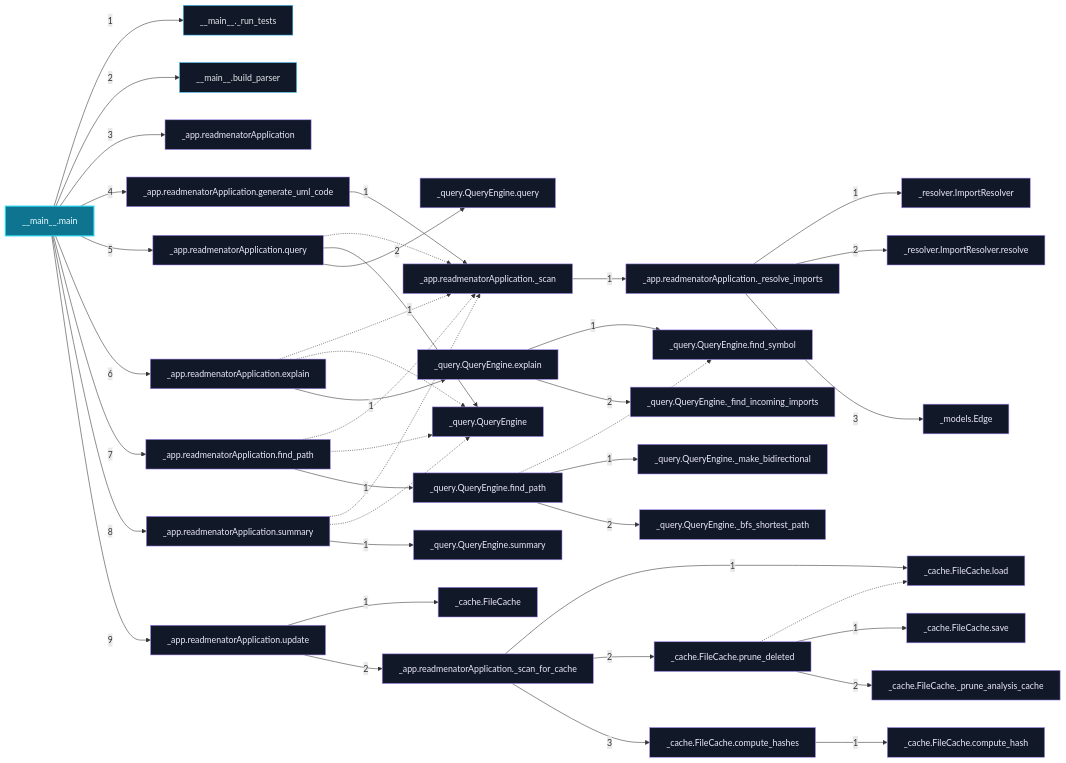
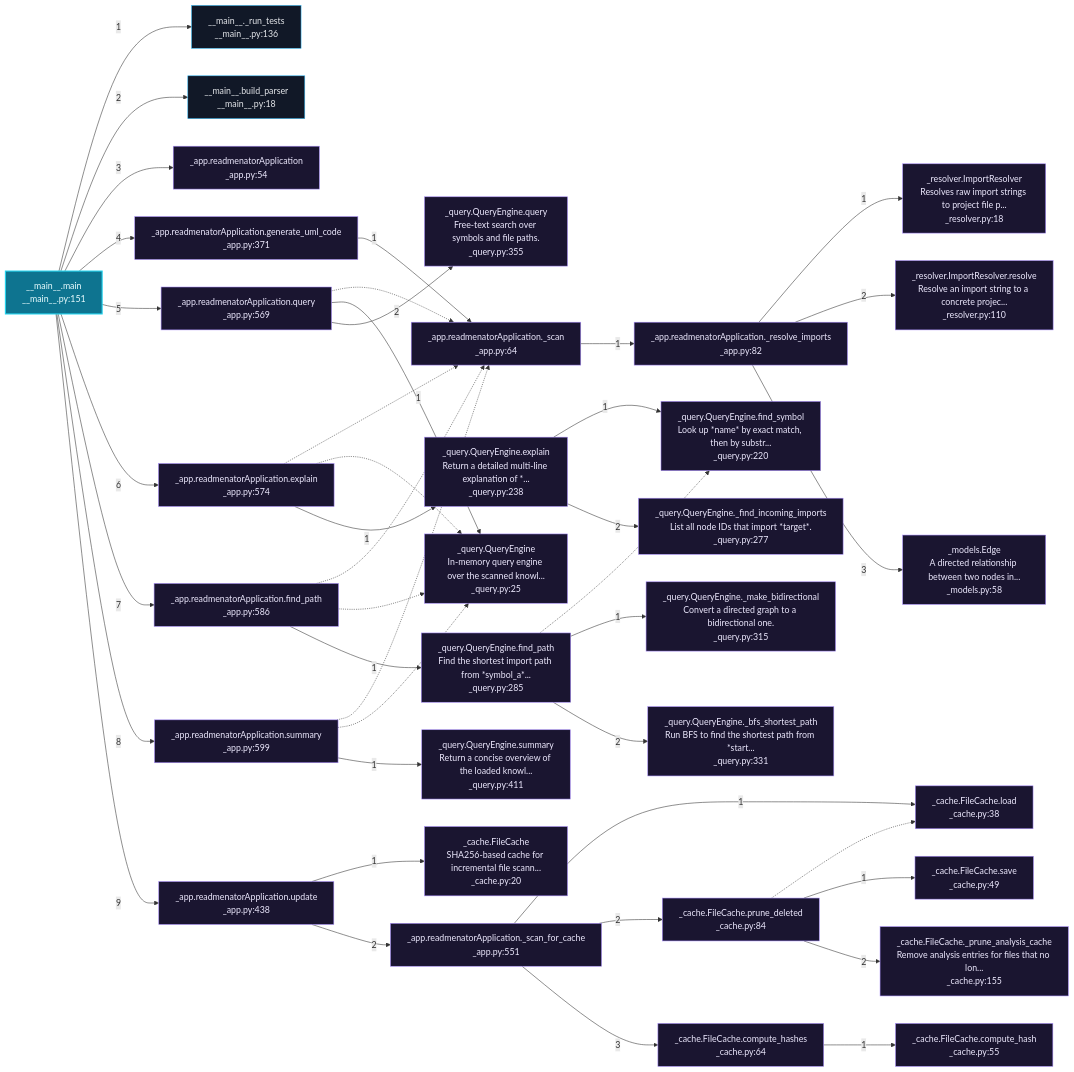
The third of 7 diagrams in readmenator-apidocs/architecture.md (grisuno/ReadMenator), drawn with Mermaid before and after one commit. The commit also changed other lines of this file and 224 other files, not shown here.

Commit message:
new diagrams :D

````diff
--- a/readmenator-apidocs/architecture.md
+++ b/readmenator-apidocs/architecture.md
@@ -207,78 +437,78 @@
 ```mermaid
 flowchart LR
+    classDef default fill:#111827,stroke:#38bdf8,color:#e5e7eb;
     classDef entry fill:#0e7490,stroke:#22d3ee,color:#ecfeff,stroke-width:2px;
-    classDef ext fill:#111827,stroke:#a78bfa,color:#ede9fe;
-    classDef fn fill:#111827,stroke:#38bdf8,color:#e5e7eb;
-    f_readmenator___main___py__main["__main__.main"]:::entry
-    f_readmenator___main___py___run_tests["__main__._run_tests"]:::fn
-    f_readmenator___main___py__build_parser["__main__.build_parser"]:::fn
-    f_readmenator__app_py__readmenatorApplication["_app.readmenatorApplication"]:::ext
-    f_readmenator__app_py__generate_uml_code["_app.readmenatorApplication.generate_uml_code"]:::ext
-    f_readmenator__app_py___scan["_app.readmenatorApplication._scan"]:::ext
-    f_readmenator__app_py___resolve_imports["_app.readmenatorApplication._resolve_imports"]:::ext
-    f_readmenator__resolver_py__ImportResolver["_resolver.ImportResolver"]:::ext
-    f_readmenator__resolver_py__resolve["_resolver.ImportResolver.resolve"]:::ext
-    f_readmenator__models_py__Edge["_models.Edge"]:::ext
-    f_readmenator__app_py__query["_app.readmenatorApplication.query"]:::ext
-    f_readmenator__query_py__QueryEngine["_query.QueryEngine"]:::ext
-    f_readmenator__query_py__query["_query.QueryEngine.query"]:::ext
-    f_readmenator__app_py__explain["_app.readmenatorApplication.explain"]:::ext
-    f_readmenator__query_py__explain["_query.QueryEngine.explain"]:::ext
-    f_readmenator__query_py__find_symbol["_query.QueryEngine.find_symbol"]:::ext
-    f_readmenator__query_py___find_incoming_imports["_query.QueryEngine._find_incoming_imports"]:::ext
-    f_readmenator__app_py__find_path["_app.readmenatorApplication.find_path"]:::ext
-    f_readmenator__query_py__find_path["_query.QueryEngine.find_path"]:::ext
-    f_readmenator__query_py___make_bidirectional["_query.QueryEngine._make_bidirectional"]:::ext
-    f_readmenator__query_py___bfs_shortest_path["_query.QueryEngine._bfs_shortest_path"]:::ext
-    f_readmenator__app_py__summary["_app.readmenatorApplication.summary"]:::ext
-    f_readmenator__query_py__summary["_query.QueryEngine.summary"]:::ext
-    f_readmenator__app_py__update["_app.readmenatorApplication.update"]:::ext
-    f_readmenator__cache_py__FileCache["_cache.FileCache"]:::ext
-    f_readmenator__app_py___scan_for_cache["_app.readmenatorApplication._scan_for_cache"]:::ext
-    f_readmenator__cache_py__load["_cache.FileCache.load"]:::ext
-    f_readmenator__cache_py__prune_deleted["_cache.FileCache.prune_deleted"]:::ext
-    f_readmenator__cache_py__save["_cache.FileCache.save"]:::ext
-    f_readmenator__cache_py___prune_analysis_cache["_cache.FileCache._prune_analysis_cache"]:::ext
-    f_readmenator__cache_py__compute_hashes["_cache.FileCache.compute_hashes"]:::ext
-    f_readmenator__cache_py__compute_hash["_cache.FileCache.compute_hash"]:::ext
-    f_readmenator___main___py__main -->|"1"| f_readmenator___main___py___run_tests
-    f_readmenator___main___py__main -->|"2"| f_readmenator___main___py__build_parser
-    f_readmenator___main___py__main -->|"3"| f_readmenator__app_py__readmenatorApplication
-    f_readmenator___main___py__main -->|"4"| f_readmenator__app_py__generate_uml_code
-    f_readmenator__app_py__generate_uml_code -->|"1"| f_readmenator__app_py___scan
-    f_readmenator__app_py___scan -->|"1"| f_readmenator__app_py___resolve_imports
-    f_readmenator__app_py___resolve_imports -->|"1"| f_readmenator__resolver_py__ImportResolver
-    f_readmenator__app_py___resolve_imports -->|"2"| f_readmenator__resolver_py__resolve
-    f_readmenator__app_py___resolve_imports -->|"3"| f_readmenator__models_py__Edge
-    f_readmenator___main___py__main -->|"5"| f_readmenator__app_py__query
-    f_readmenator__app_py__query -.-> f_readmenator__app_py___scan
-    f_readmenator__app_py__query -->|"1"| f_readmenator__query_py__QueryEngine
-    f_readmenator__app_py__query -->|"2"| f_readmenator__query_py__query
-    f_readmenator___main___py__main -->|"6"| f_readmenator__app_py__explain
-    f_readmenator__app_py__explain -.-> f_readmenator__app_py___scan
-    f_readmenator__app_py__explain -.-> f_readmenator__query_py__QueryEngine
-    f_readmenator__app_py__explain -->|"1"| f_readmenator__query_py__explain
-    f_readmenator__query_py__explain -->|"1"| f_readmenator__query_py__find_symbol
-    f_readmenator__query_py__explain -->|"2"| f_readmenator__query_py___find_incoming_imports
-    f_readmenator___main___py__main -->|"7"| f_readmenator__app_py__find_path
-    f_readmenator__app_py__find_path -.-> f_readmenator__app_py___scan
-    f_readmenator__app_py__find_path -.-> f_readmenator__query_py__QueryEngine
-    f_readmenator__app_py__find_path -->|"1"| f_readmenator__query_py__find_path
-    f_readmenator__query_py__find_path -.-> f_readmenator__query_py__find_symbol
-    f_readmenator__query_py__find_path -->|"1"| f_readmenator__query_py___make_bidirectional
-    f_readmenator__query_py__find_path -->|"2"| f_readmenator__query_py___bfs_shortest_path
-    f_readmenator___main___py__main -->|"8"| f_readmenator__app_py__summary
-    f_readmenator__app_py__summary -.-> f_readmenator__app_py___scan
-    f_readmenator__app_py__summary -.-> f_readmenator__query_py__QueryEngine
-    f_readmenator__app_py__summary -->|"1"| f_readmenator__query_py__summary
-    f_readmenator___main___py__main -->|"9"| f_readmenator__app_py__update
-    f_readmenator__app_py__update -->|"1"| f_readmenator__cache_py__FileCache
-    f_readmenator__app_py__update -->|"2"| f_readmenator__app_py___scan_for_cache
-    f_readmenator__app_py___scan_for_cache -->|"1"| f_readmenator__cache_py__load
-    f_readmenator__app_py___scan_for_cache -->|"2"| f_readmenator__cache_py__prune_deleted
-    f_readmenator__cache_py__prune_deleted -.-> f_readmenator__cache_py__load
-    f_readmenator__cache_py__prune_deleted -->|"1"| f_readmenator__cache_py__save
-    f_readmenator__cache_py__prune_deleted -->|"2"| f_readmenator__cache_py___prune_analysis_cache
-    f_readmenator__app_py___scan_for_cache -->|"3"| f_readmenator__cache_py__compute_hashes
-    f_readmenator__cache_py__compute_hashes -->|"1"| f_readmenator__cache_py__compute_hash
+    classDef external fill:#1a1530,stroke:#a78bfa,color:#ede9fe;
+    n_readmenator___main___py__main["__main__.main<br/>__main__.py:151"]:::entry
+    n_readmenator___main___py___run_tests["__main__._run_tests<br/>__main__.py:136"]:::default
+    n_readmenator___main___py__build_parser["__main__.build_parser<br/>__main__.py:18"]:::default
+    n_readmenator__app_py__readmenatorApplication["_app.readmenatorApplication<br/>_app.py:54"]:::external
+    n_readmenator__app_py__generate_uml_code["_app.readmenatorApplication.generate_uml_code<br/>_app.py:371"]:::external
+    n_readmenator__app_py___scan["_app.readmenatorApplication._scan<br/>_app.py:64"]:::external
+    n_readmenator__app_py___resolve_imports["_app.readmenatorApplication._resolve_imports<br/>_app.py:82"]:::external
+    n_readmenator__resolver_py__ImportResolver["_resolver.ImportResolver<br/>Resolves raw import strings to project file p...<br/>_resolver.py:18"]:::external
+    n_readmenator__resolver_py__resolve["_resolver.ImportResolver.resolve<br/>Resolve an import string to a concrete projec...<br/>_resolver.py:110"]:::external
+    n_readmenator__models_py__Edge["_models.Edge<br/>A directed relationship between two nodes in...<br/>_models.py:58"]:::external
+    n_readmenator__app_py__query["_app.readmenatorApplication.query<br/>_app.py:569"]:::external
+    n_readmenator__query_py__QueryEngine["_query.QueryEngine<br/>In-memory query engine over the scanned knowl...<br/>_query.py:25"]:::external
+    n_readmenator__query_py__query["_query.QueryEngine.query<br/>Free-text search over symbols and file paths.<br/>_query.py:355"]:::external
+    n_readmenator__app_py__explain["_app.readmenatorApplication.explain<br/>_app.py:574"]:::external
+    n_readmenator__query_py__explain["_query.QueryEngine.explain<br/>Return a detailed multi-line explanation of *...<br/>_query.py:238"]:::external
+    n_readmenator__query_py__find_symbol["_query.QueryEngine.find_symbol<br/>Look up *name* by exact match, then by substr...<br/>_query.py:220"]:::external
+    n_readmenator__query_py___find_incoming_imports["_query.QueryEngine._find_incoming_imports<br/>List all node IDs that import *target*.<br/>_query.py:277"]:::external
+    n_readmenator__app_py__find_path["_app.readmenatorApplication.find_path<br/>_app.py:586"]:::external
+    n_readmenator__query_py__find_path["_query.QueryEngine.find_path<br/>Find the shortest import path from *symbol_a*...<br/>_query.py:285"]:::external
+    n_readmenator__query_py___make_bidirectional["_query.QueryEngine._make_bidirectional<br/>Convert a directed graph to a bidirectional one.<br/>_query.py:315"]:::external
+    n_readmenator__query_py___bfs_shortest_path["_query.QueryEngine._bfs_shortest_path<br/>Run BFS to find the shortest path from *start...<br/>_query.py:331"]:::external
+    n_readmenator__app_py__summary["_app.readmenatorApplication.summary<br/>_app.py:599"]:::external
+    n_readmenator__query_py__summary["_query.QueryEngine.summary<br/>Return a concise overview of the loaded knowl...<br/>_query.py:411"]:::external
+    n_readmenator__app_py__update["_app.readmenatorApplication.update<br/>_app.py:438"]:::external
+    n_readmenator__cache_py__FileCache["_cache.FileCache<br/>SHA256-based cache for incremental file scann...<br/>_cache.py:20"]:::external
+    n_readmenator__app_py___scan_for_cache["_app.readmenatorApplication._scan_for_cache<br/>_app.py:551"]:::external
+    n_readmenator__cache_py__load["_cache.FileCache.load<br/>_cache.py:38"]:::external
+    n_readmenator__cache_py__prune_deleted["_cache.FileCache.prune_deleted<br/>_cache.py:84"]:::external
+    n_readmenator__cache_py__save["_cache.FileCache.save<br/>_cache.py:49"]:::external
+    n_readmenator__cache_py___prune_analysis_cache["_cache.FileCache._prune_analysis_cache<br/>Remove analysis entries for files that no lon...<br/>_cache.py:155"]:::external
+    n_readmenator__cache_py__compute_hashes["_cache.FileCache.compute_hashes<br/>_cache.py:64"]:::external
+    n_readmenator__cache_py__compute_hash["_cache.FileCache.compute_hash<br/>_cache.py:55"]:::external
+    n_readmenator___main___py__main -->|"1"| n_readmenator___main___py___run_tests
+    n_readmenator___main___py__main -->|"2"| n_readmenator___main___py__build_parser
+    n_readmenator___main___py__main -->|"3"| n_readmenator__app_py__readmenatorApplication
+    n_readmenator___main___py__main -->|"4"| n_readmenator__app_py__generate_uml_code
+    n_readmenator__app_py__generate_uml_code -->|"1"| n_readmenator__app_py___scan
+    n_readmenator__app_py___scan -->|"1"| n_readmenator__app_py___resolve_imports
+    n_readmenator__app_py___resolve_imports -->|"1"| n_readmenator__resolver_py__ImportResolver
+    n_readmenator__app_py___resolve_imports -->|"2"| n_readmenator__resolver_py__resolve
+    n_readmenator__app_py___resolve_imports -->|"3"| n_readmenator__models_py__Edge
+    n_readmenator___main___py__main -->|"5"| n_readmenator__app_py__query
+    n_readmenator__app_py__query -.-> n_readmenator__app_py___scan
+    n_readmenator__app_py__query -->|"1"| n_readmenator__query_py__QueryEngine
+    n_readmenator__app_py__query -->|"2"| n_readmenator__query_py__query
+    n_readmenator___main___py__main -->|"6"| n_readmenator__app_py__explain
+    n_readmenator__app_py__explain -.-> n_readmenator__app_py___scan
+    n_readmenator__app_py__explain -.-> n_readmenator__query_py__QueryEngine
+    n_readmenator__app_py__explain -->|"1"| n_readmenator__query_py__explain
+    n_readmenator__query_py__explain -->|"1"| n_readmenator__query_py__find_symbol
+    n_readmenator__query_py__explain -->|"2"| n_readmenator__query_py___find_incoming_imports
+    n_readmenator___main___py__main -->|"7"| n_readmenator__app_py__find_path
+    n_readmenator__app_py__find_path -.-> n_readmenator__app_py___scan
+    n_readmenator__app_py__find_path -.-> n_readmenator__query_py__QueryEngine
+    n_readmenator__app_py__find_path -->|"1"| n_readmenator__query_py__find_path
+    n_readmenator__query_py__find_path -.-> n_readmenator__query_py__find_symbol
+    n_readmenator__query_py__find_path -->|"1"| n_readmenator__query_py___make_bidirectional
+    n_readmenator__query_py__find_path -->|"2"| n_readmenator__query_py___bfs_shortest_path
+    n_readmenator___main___py__main -->|"8"| n_readmenator__app_py__summary
+    n_readmenator__app_py__summary -.-> n_readmenator__app_py___scan
+    n_readmenator__app_py__summary -.-> n_readmenator__query_py__QueryEngine
+    n_readmenator__app_py__summary -->|"1"| n_readmenator__query_py__summary
+    n_readmenator___main___py__main -->|"9"| n_readmenator__app_py__update
+    n_readmenator__app_py__update -->|"1"| n_readmenator__cache_py__FileCache
+    n_readmenator__app_py__update -->|"2"| n_readmenator__app_py___scan_for_cache
+    n_readmenator__app_py___scan_for_cache -->|"1"| n_readmenator__cache_py__load
+    n_readmenator__app_py___scan_for_cache -->|"2"| n_readmenator__cache_py__prune_deleted
+    n_readmenator__cache_py__prune_deleted -.-> n_readmenator__cache_py__load
+    n_readmenator__cache_py__prune_deleted -->|"1"| n_readmenator__cache_py__save
+    n_readmenator__cache_py__prune_deleted -->|"2"| n_readmenator__cache_py___prune_analysis_cache
+    n_readmenator__app_py___scan_for_cache -->|"3"| n_readmenator__cache_py__compute_hashes
+    n_readmenator__cache_py__compute_hashes -->|"1"| n_readmenator__cache_py__compute_hash
 ```
````
